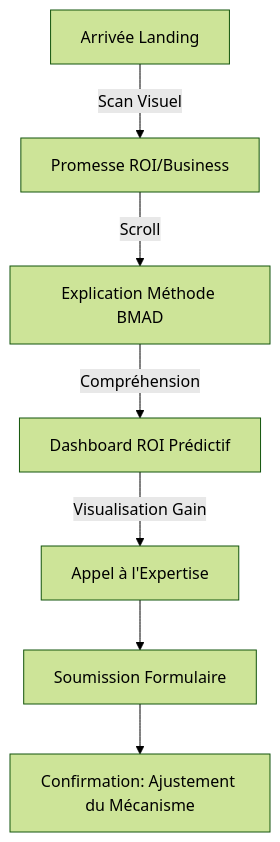
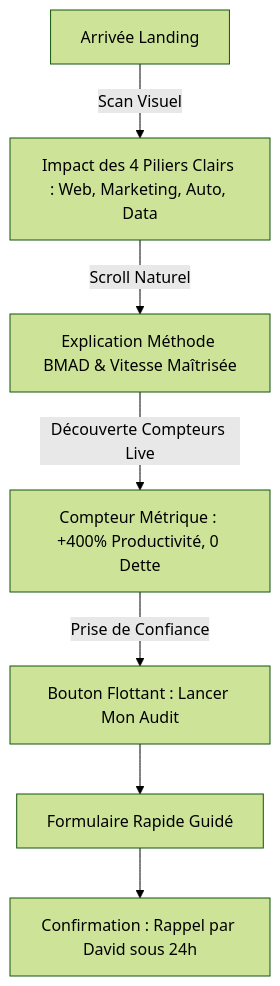
Before and after one commit to davidkalambay/picsell-vitrine: the second of 2 diagrams in _bmad-output/planning-artifacts/ux-design-specification.md, drawn with Mermaid (forest theme). The commit also changed other lines of this file and 2 other files, not shown here.

Commit message:
feat(ux): harmoniser ux-design-directions et ux-design-specification sur le modele 4 piliers + moteur IA

````diff
--- a/_bmad-output/planning-artifacts/ux-design-specification.md
+++ b/_bmad-output/planning-artifacts/ux-design-specification.md
@@ -224,9 +141,9 @@
 ```mermaid
 graph TD
-    A[Arrivée Landing] -->|Scan Visuel| B[Promesse ROI/Business]
-    B -->|Scroll| C[Explication Méthode BMAD]
-    C -->|Compréhension| D[Dashboard ROI Prédictif]
-    D -->|Visualisation Gain| E[Appel à l'Expertise]
-    E --> F[Soumission Formulaire]
-    F --> G[Confirmation: Ajustement du Mécanisme]
+    A[Arrivée Landing] -->|Scan Visuel| B[Impact des 4 Piliers Clairs : Web, Marketing, Auto, Data]
+    B -->|Scroll Naturel| C[Explication Méthode BMAD & Vitesse Maîtrisée]
+    C -->|Découverte Compteurs Live| D[Compteur Métrique : +400% Productivité, 0 Dette]
+    D -->|Prise de Confiance| E[Bouton Flottant : Lancer Mon Audit]
+    E --> F[Formulaire Rapide Guidé]
+    F --> G[Confirmation : Rappel par David sous 24h]
 ```
````
